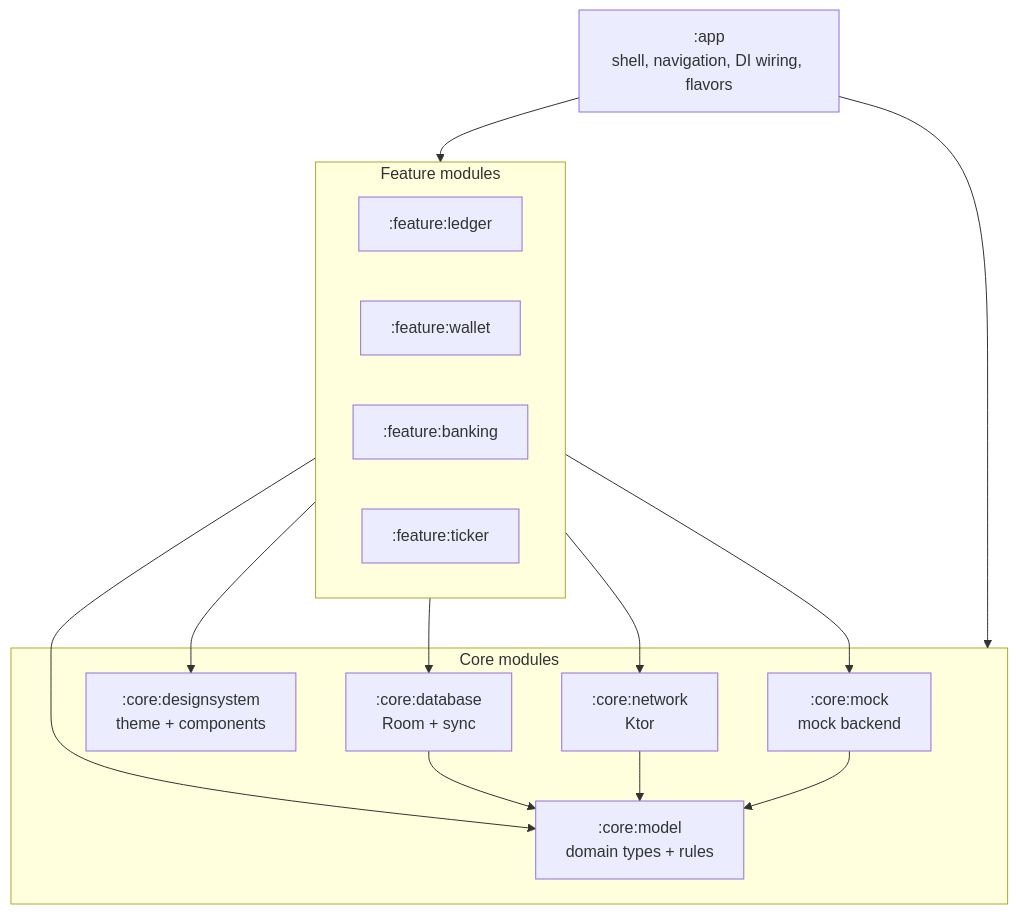
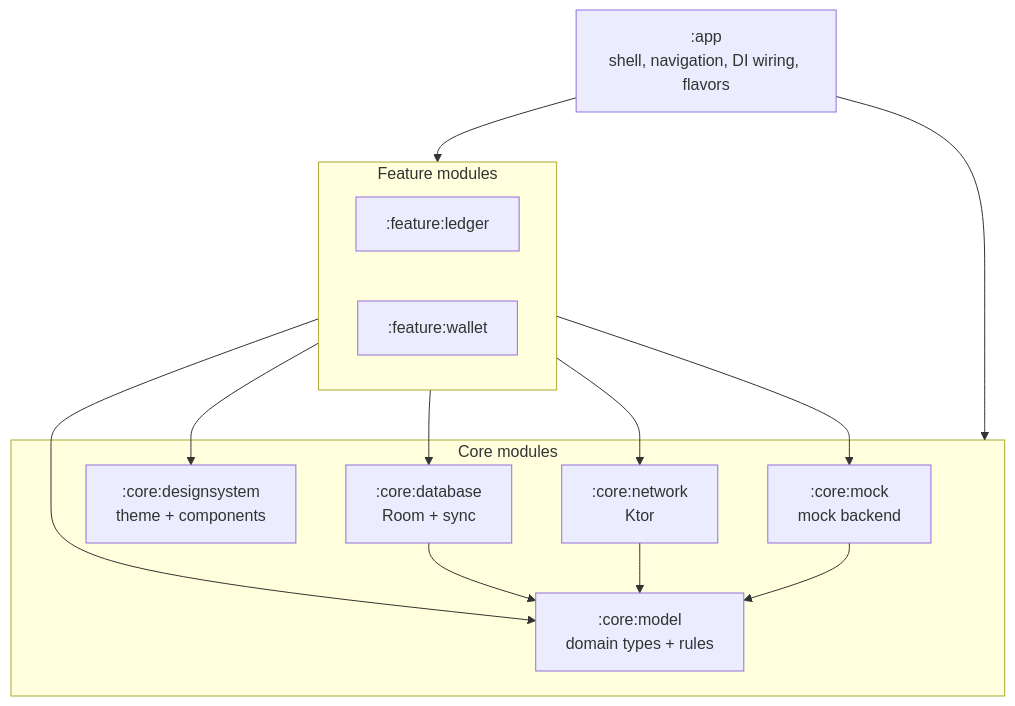
The first of 2 diagrams in docs/ARCHITECTURE.md (sourabhrustagi/Personal-ledger-android), drawn with Mermaid before and after one commit. The commit also changed other lines of this file, not shown here.

Commit message:
Update ARCHITECTURE.md to remove banking and ticker modules

````diff
--- a/docs/ARCHITECTURE.md
+++ b/docs/ARCHITECTURE.md
@@ -9,27 +9,25 @@
 ```mermaid
 flowchart TD
     app[":app<br/>shell, navigation, DI wiring, flavors"]
     subgraph features [Feature modules]
         ledger[":feature:ledger"]
         wallet[":feature:wallet"]
-        banking[":feature:banking"]
-        ticker[":feature:ticker"]
     end
     subgraph core [Core modules]
         model[":core:model<br/>domain types + rules"]
         db[":core:database<br/>Room + sync"]
         net[":core:network<br/>Ktor"]
         ds[":core:designsystem<br/>theme + components"]
         mock[":core:mock<br/>mock backend"]
     end
     app --> features
     app --> core
     features --> model
     features --> ds
     features --> db
     features --> net
     features --> mock
     db --> model
     net --> model
     mock --> model
 ```
````
